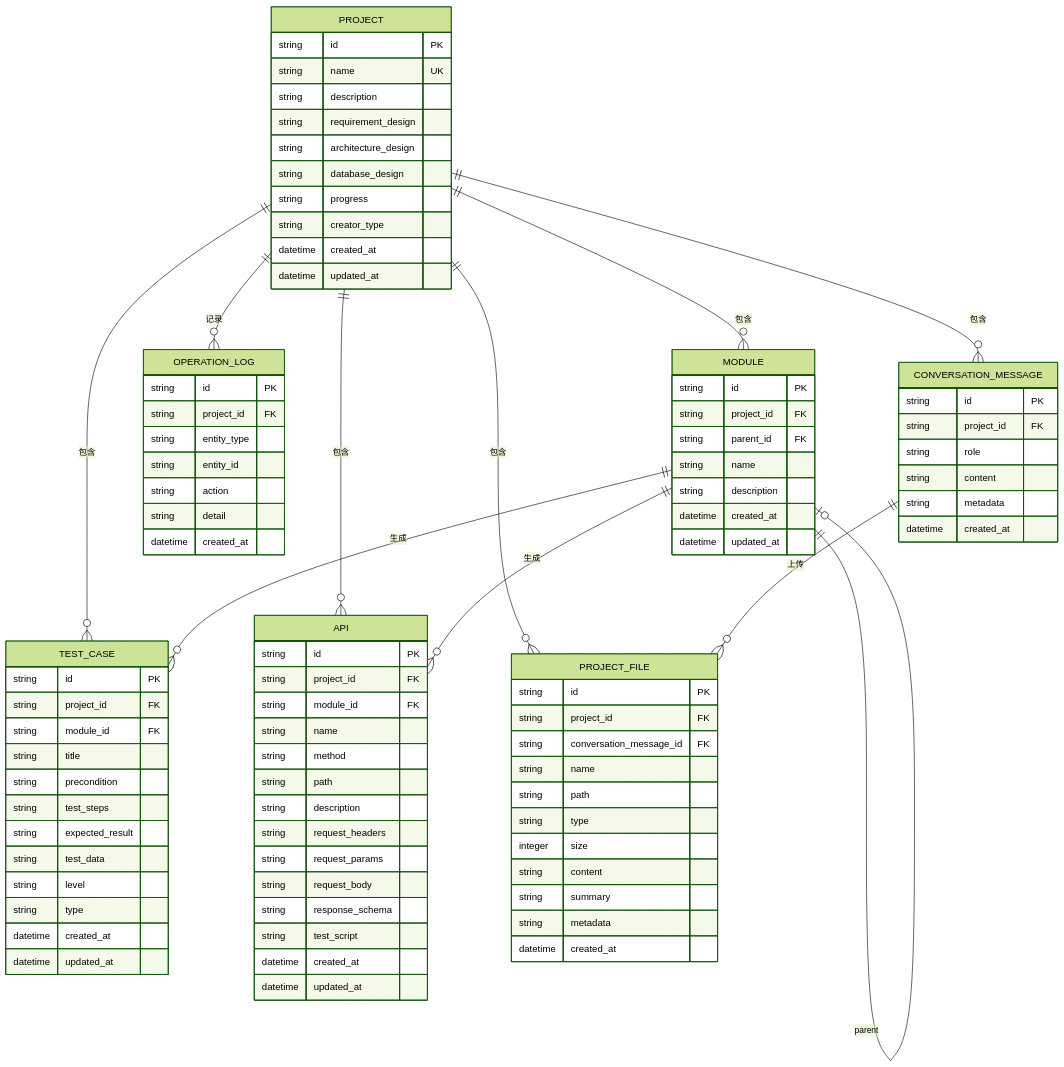
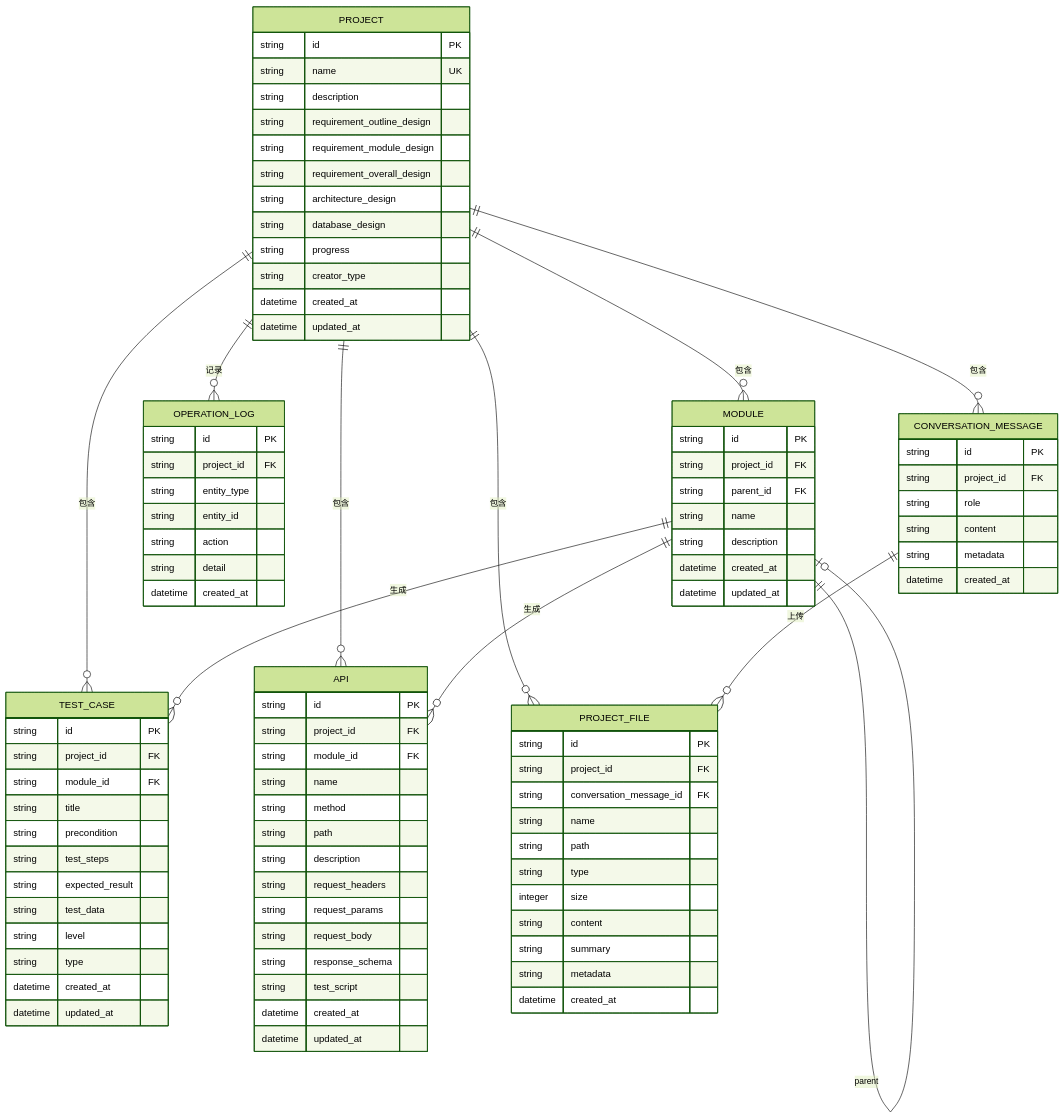
One commit to moderncrazy/ai-case-generator-demo changed the diagram in doc/database_design.md. Above: the diagram before and after it, drawn with Mermaid (forest theme). The commit also changed other lines of this file and 149 other files, not shown here.

```diff
--- a/doc/database_design.md
+++ b/doc/database_design.md
@@ -27,7 +27,9 @@
         string id PK
         string name UK
         string description
-        string requirement_design
+        string requirement_outline_design
+        string requirement_module_design
+        string requirement_overall_design
         string architecture_design
         string database_design
         string progress
```
